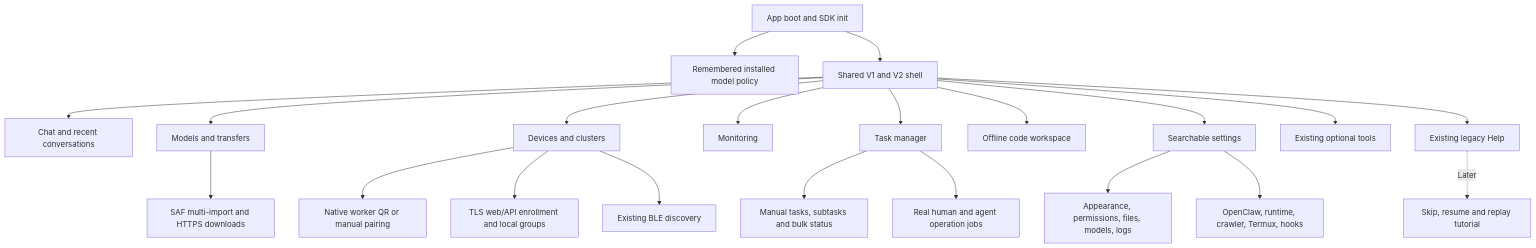
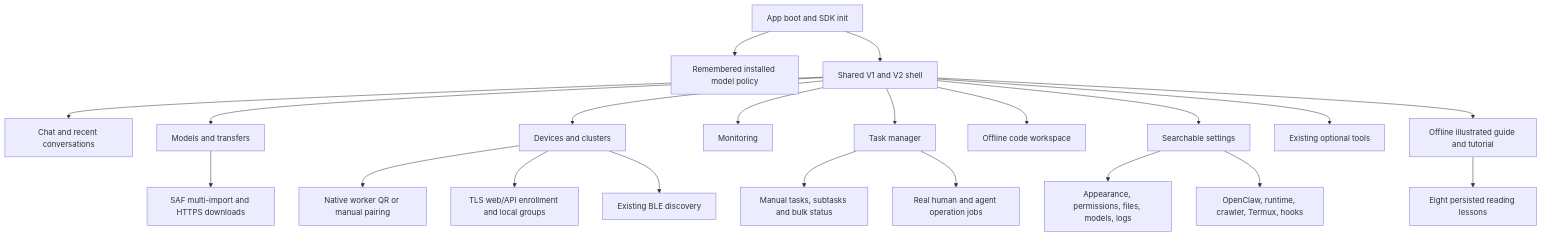
One commit to sabbirimon/meshlit-v2 changed the first of 6 diagrams in FEATURE_MAP.md. Above: the diagram before and after it, drawn with Mermaid. The commit also changed other lines of this file and 104 other files, not shown here.

````diff
--- a/FEATURE_MAP.md
+++ b/FEATURE_MAP.md
@@ -13,23 +13,23 @@
 ```mermaid
 flowchart TD
     Boot[App boot and SDK init] --> Policy[Remembered installed model policy]
     Boot --> App[Shared V1 and V2 shell]
     App --> Chat[Chat and recent conversations]
     App --> Models[Models and transfers]
     App --> Devices[Devices and clusters]
     App --> Monitor[Monitoring]
     App --> Tasks[Task manager]
     App --> IDE[Offline code workspace]
     App --> Settings[Searchable settings]
     App --> Tools[Existing optional tools]
-    App --> Help[Existing legacy Help]
+    App --> Help[Offline illustrated guide and tutorial]
     Models --> Sources[SAF multi-import and HTTPS downloads]
     Devices --> Pair[Native worker QR or manual pairing]
     Devices --> Web[TLS web/API enrollment and local groups]
     Devices --> BLE[Existing BLE discovery]
     Settings --> Basic[Appearance, permissions, files, models, logs]
     Settings --> Advanced[OpenClaw, runtime, crawler, Termux, hooks]
     Tasks --> Board[Manual tasks, subtasks and bulk status]
     Tasks --> Jobs[Real human and agent operation jobs]
-    Help -. Later .-> Tutorial[Skip, resume and replay tutorial]
+    Help --> Tutorial[Eight persisted reading lessons]
 ```
````
